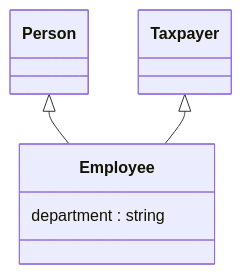
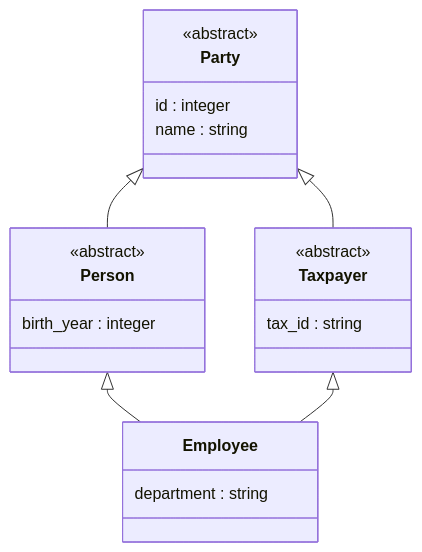
The second of 3 diagrams in toolbox/mdcode/docs/semantic-model/inheritance.md (GoogleCloudPlatform/knowledge-catalog), drawn with Mermaid before and after one commit. The commit also changed other lines of this file and 1 other file, not shown here.

````diff
--- a/toolbox/mdcode/docs/semantic-model/inheritance.md
+++ b/toolbox/mdcode/docs/semantic-model/inheritance.md
@@ -143,10 +172,23 @@
 ```mermaid
 classDiagram
-    class Person
-    class Taxpayer
+    class Party {
+        <<abstract>>
+        id : integer
+        name : string
+    }
+    class Person {
+        <<abstract>>
+        birth_year : integer
+    }
+    class Taxpayer {
+        <<abstract>>
+        tax_id : string
+    }
     class Employee {
         department : string
     }
+    Party <|-- Person
+    Party <|-- Taxpayer
     Person <|-- Employee
     Taxpayer <|-- Employee
 ```
````
